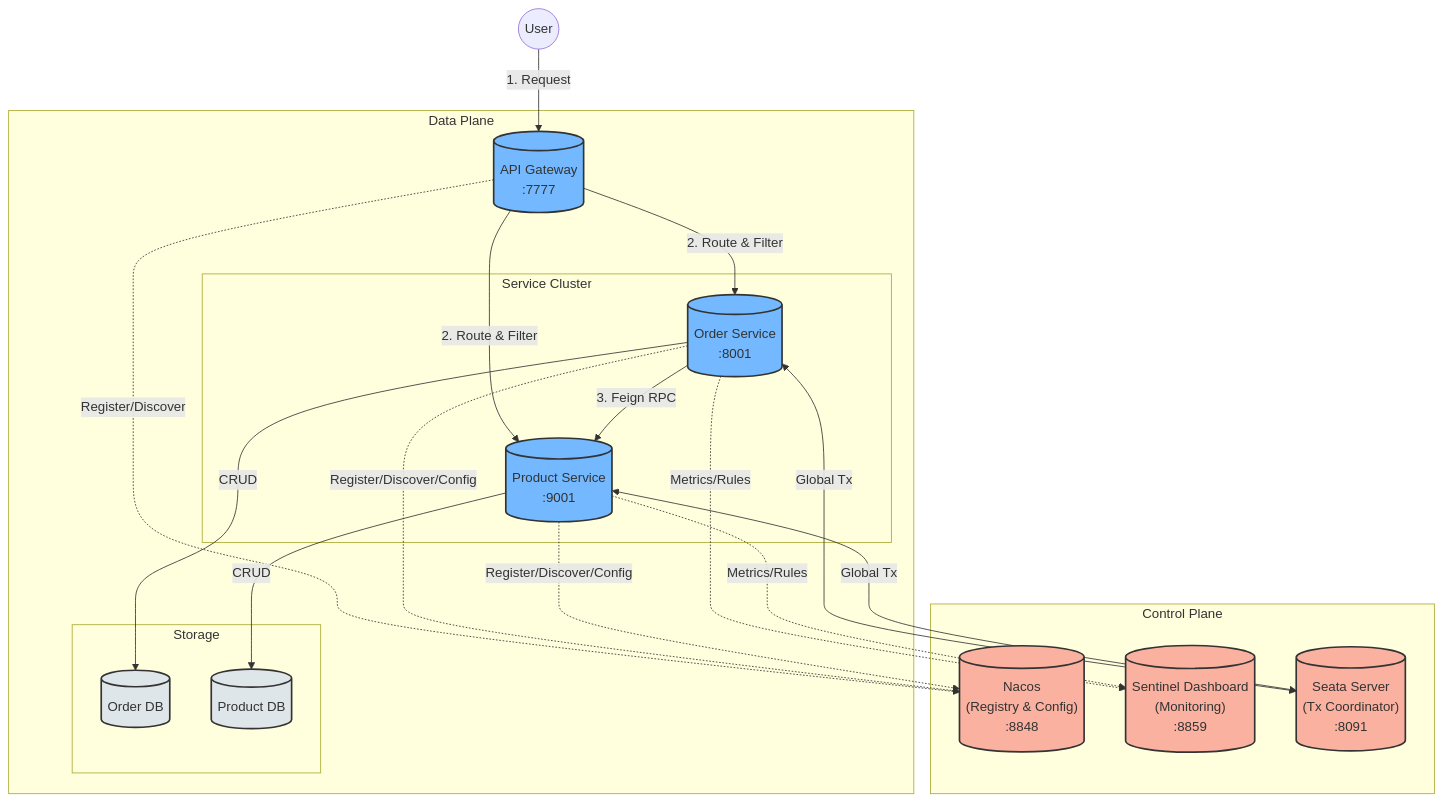
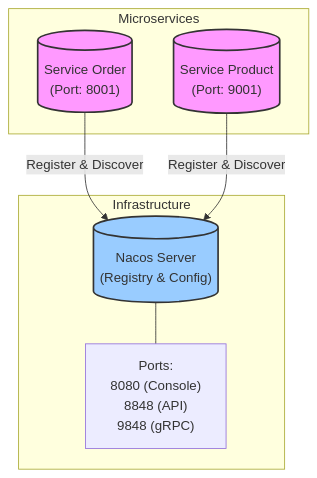
One commit to rainyctl/rainy-spring-cloud changed the diagram in wiki/Home.md. Above: the diagram before and after it, drawn with Mermaid. The commit also changed other lines of this file and 6 other files, not shown here.

````diff
--- a/wiki/Home.md
+++ b/wiki/Home.md
@@ -16,54 +16,22 @@
 ```mermaid
 graph TD
-    User((User))
-    
-    subgraph "Control Plane"
-        Nacos[("Nacos<br>(Registry & Config)<br>:8848")]
-        Sentinel[("Sentinel Dashboard<br>(Monitoring)<br>:8859")]
-        Seata[("Seata Server<br>(Tx Coordinator)<br>:8091")]
-    end
-    
-    subgraph "Data Plane"
-        Gateway[("API Gateway<br>:7777")]
-        
-        subgraph "Service Cluster"
-            Order[("Order Service<br>:8001")]
-            Product[("Product Service<br>:9001")]
-        end
-        
-        subgraph "Storage"
-            DB_Order[(Order DB)]
-            DB_Product[(Product DB)]
-        end
+    subgraph Infrastructure
+        Nacos[("Nacos Server<br>(Registry & Config)")]
+        NacosPorts["Ports:<br>8080 (Console)<br>8848 (API)<br>9848 (gRPC)"]
+        Nacos --- NacosPorts
     end
 
-    %% User Flow
-    User -->|1. Request| Gateway
-    Gateway -->|2. Route & Filter| Order
-    Gateway -->|2. Route & Filter| Product
+    subgraph Microservices
+        Order[("Service Order<br>(Port: 8001)")]
+        Product[("Service Product<br>(Port: 9001)")]
+    end
+
+    Order -->|Register & Discover| Nacos
+    Product -->|Register & Discover| Nacos
     
-    %% Service Interactions
-    Order -->|3. Feign RPC| Product
+    classDef service fill:#f9f,stroke:#333,stroke-width:2px;
+    classDef infra fill:#9cf,stroke:#333,stroke-width:2px;
     
-    %% Infrastructure Connections
-    Gateway -.->|Register/Discover| Nacos
-    Order -.->|Register/Discover/Config| Nacos
-    Product -.->|Register/Discover/Config| Nacos
-    
-    Order -.->|Metrics/Rules| Sentinel
-    Product -.->|Metrics/Rules| Sentinel
-    
-    Order <-->|Global Tx| Seata
-    Product <-->|Global Tx| Seata
-    
-    Order -->|CRUD| DB_Order
-    Product -->|CRUD| DB_Product
-
-    classDef control fill:#fab1a0,stroke:#333,stroke-width:2px;
-    classDef service fill:#74b9ff,stroke:#333,stroke-width:2px;
-    classDef storage fill:#dfe6e9,stroke:#333,stroke-width:2px;
-    
-    class Nacos,Sentinel,Seata control;
-    class Gateway,Order,Product service;
-    class DB_Order,DB_Product storage;
+    class Order,Product service;
+    class Nacos infra;
 ```
````
